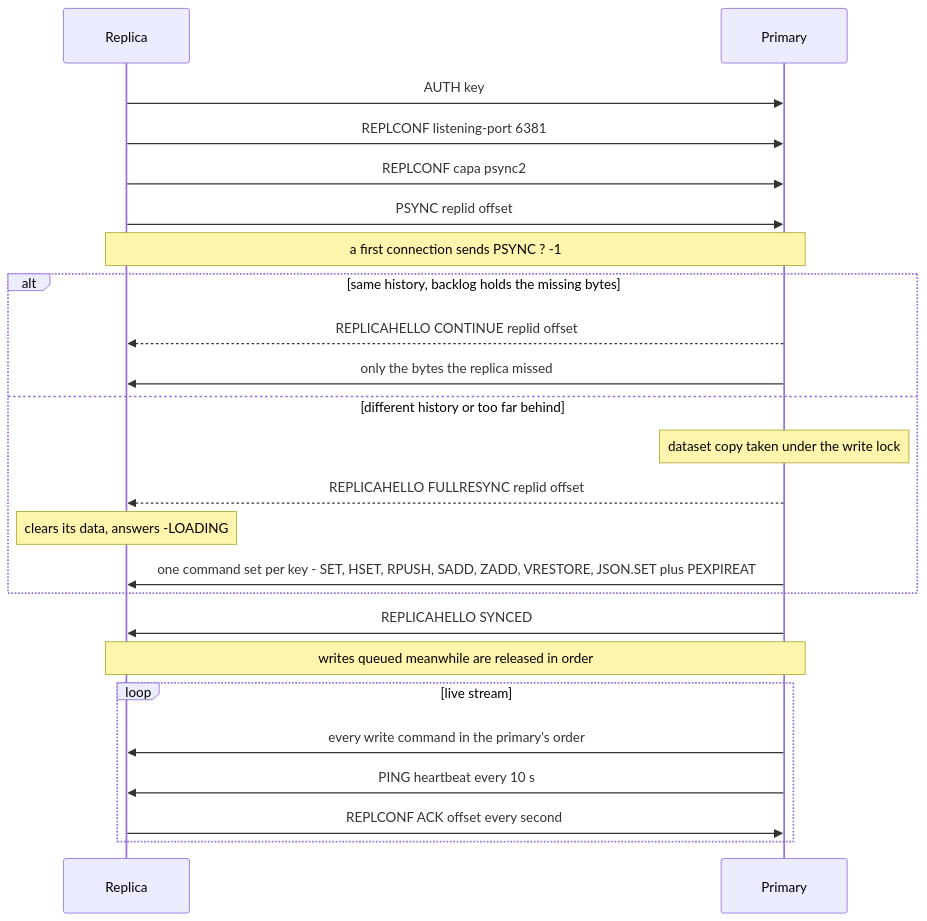
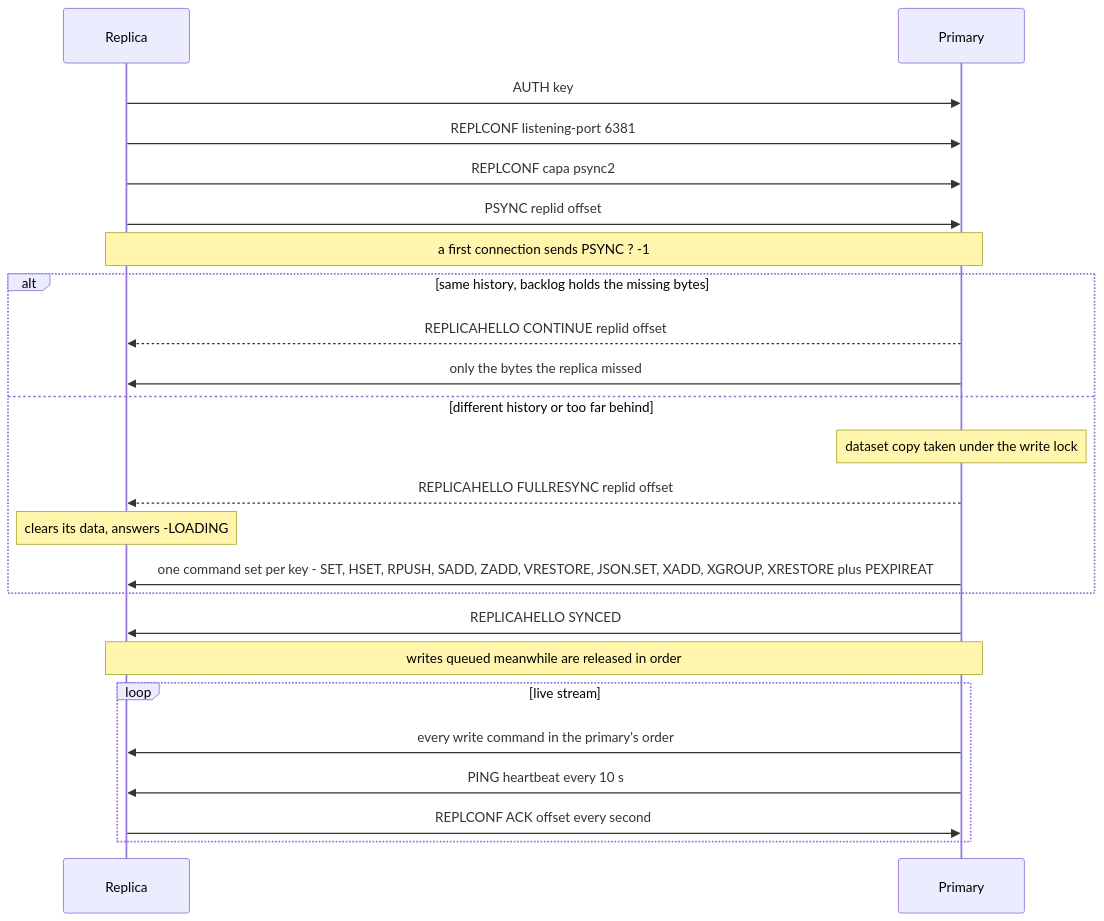
Before and after one commit to nitesh-narwal/redCake-springboot: the ninth of 26 diagrams in README.md, drawn with Mermaid. The commit also changed other lines of this file and 11 other files, not shown here.

````diff
--- a/README.md
+++ b/README.md
@@ -669,26 +884,26 @@
 ```mermaid
 sequenceDiagram
     participant R as Replica
     participant P as Primary
     R->>P: AUTH key
     R->>P: REPLCONF listening-port 6381
     R->>P: REPLCONF capa psync2
     R->>P: PSYNC replid offset
     Note over R,P: a first connection sends PSYNC ? -1
     alt same history, backlog holds the missing bytes
         P-->>R: REPLICAHELLO CONTINUE replid offset
         P->>R: only the bytes the replica missed
     else different history or too far behind
         Note over P: dataset copy taken under the write lock
         P-->>R: REPLICAHELLO FULLRESYNC replid offset
         Note over R: clears its data, answers -LOADING
-        P->>R: one command set per key - SET, HSET, RPUSH, SADD, ZADD, VRESTORE, JSON.SET plus PEXPIREAT
+        P->>R: one command set per key - SET, HSET, RPUSH, SADD, ZADD, VRESTORE, JSON.SET, XADD, XGROUP, XRESTORE plus PEXPIREAT
     end
     P->>R: REPLICAHELLO SYNCED
     Note over P,R: writes queued meanwhile are released in order
     loop live stream
         P->>R: every write command in the primary's order
         P->>R: PING heartbeat every 10 s
         R->>P: REPLCONF ACK offset every second
     end
 ```
````
